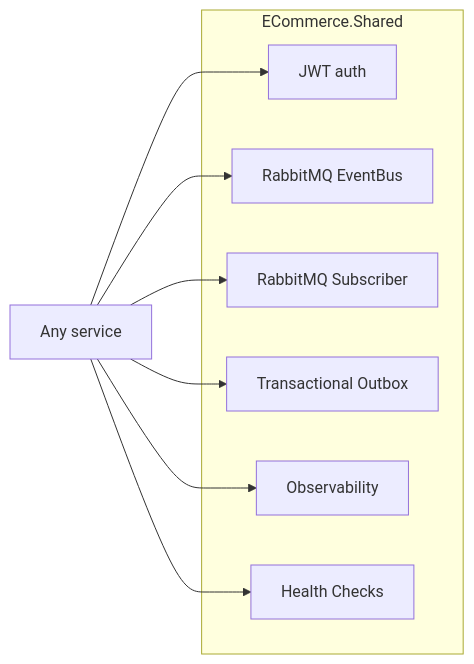
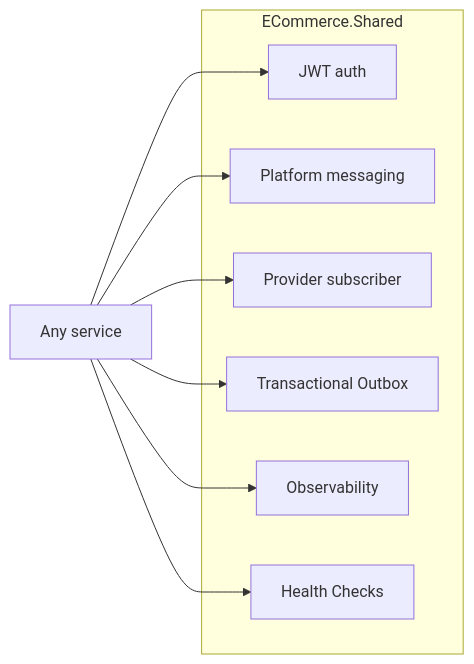
The diagram in docs/wiki/Shared-Library.md (daonhan/Microservices-in-.NET), drawn with Mermaid before and after one commit. The commit also changed other lines of this file and 3 other files, not shown here.

First line of the commit message:
docs(messaging): document AddPlatform wiring

````diff
--- a/docs/wiki/Shared-Library.md
+++ b/docs/wiki/Shared-Library.md
@@ -7,17 +7,17 @@
 ```mermaid
 graph LR
     subgraph ECommerce.Shared
         Jwt[JWT auth]
-        Bus[RabbitMQ EventBus]
-        Sub[RabbitMQ Subscriber]
+        Bus[Platform messaging]
+        Sub[Provider subscriber]
         Outbox[Transactional Outbox]
         Obs[Observability]
         Health[Health Checks]
     end
     Svc[Any service] --> Jwt
     Svc --> Bus
     Svc --> Sub
     Svc --> Outbox
     Svc --> Obs
     Svc --> Health
 ```
````
